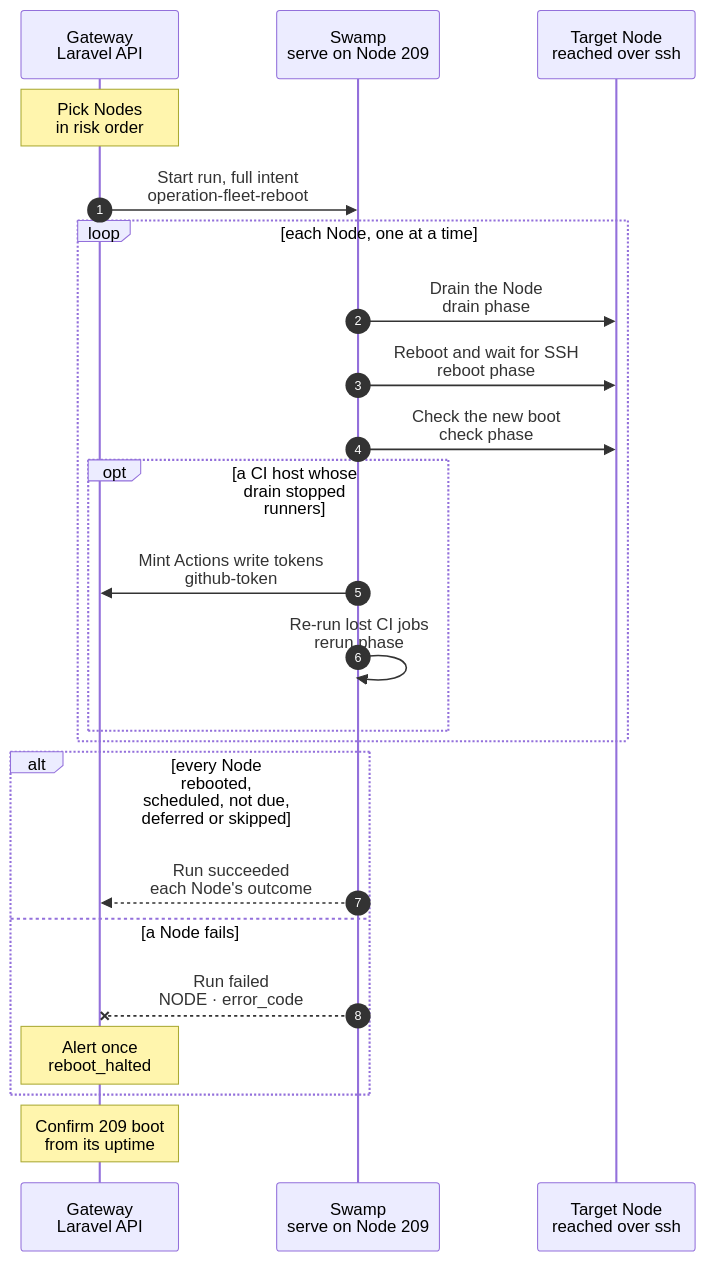
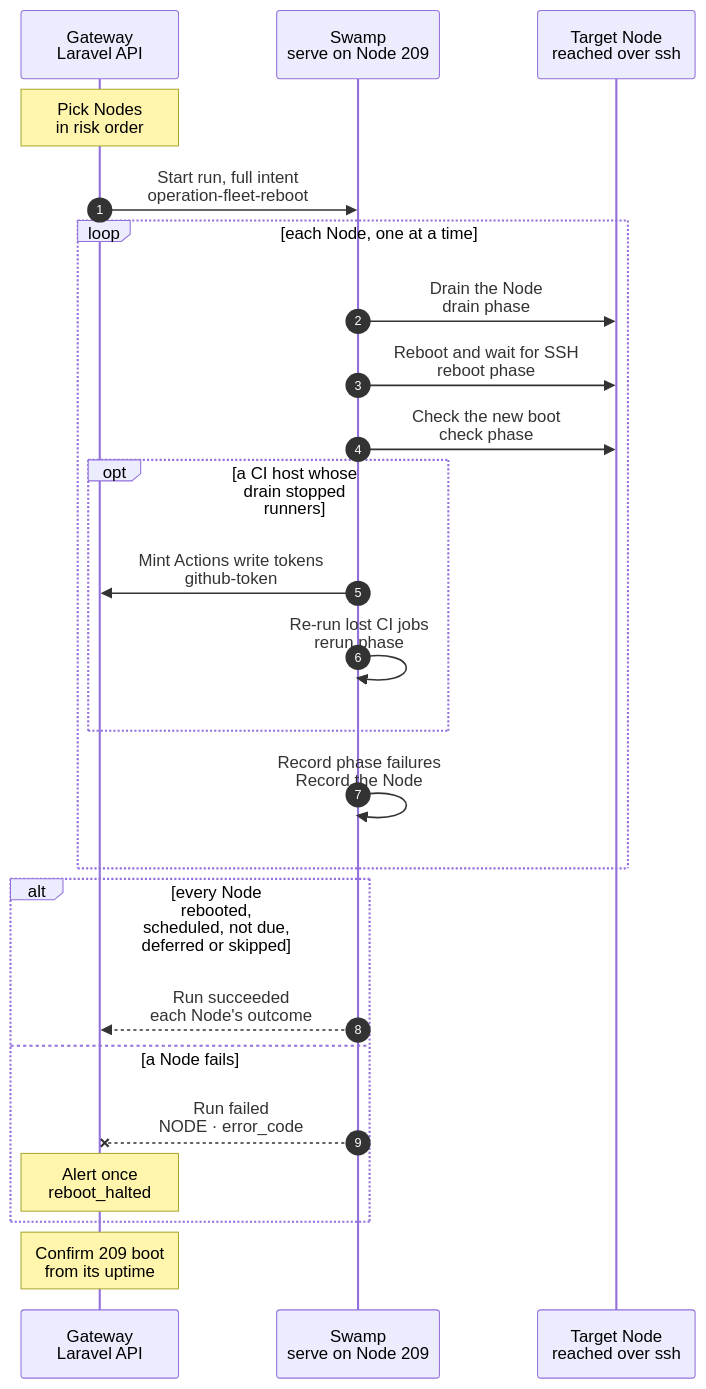
Before and after one commit to hardimpactdev/orbit: the diagram in docs/cli/fleet/reboot.mmd, drawn with Mermaid. The commit also changed 2 other files, not shown here.

Commit message:
docs(fleet): specify retries and controller recording for unreachable Nodes

```diff
--- a/docs/cli/fleet/reboot.mmd
+++ b/docs/cli/fleet/reboot.mmd
@@ -1,64 +1,71 @@
 sequenceDiagram
   %% Target design: ADR 0253, drained Node reboots one at a time; docs/reference/gateway-recovery.md#fleet-reboot.
   %% status: draft
   %% kind: fleet.reboot
   autonumber
   %% lane GW icon=gateway pill=intent tone=blue
   %% lane SW icon=workflow pill=executes tone=green
   %% lane N icon=server pill=target tone=amber
   participant GW as Gateway<br/>Laravel API
   participant SW as Swamp<br/>serve on Node 209
   participant N as Target Node<br/>reached over ssh
   Note over GW: Pick Nodes<br/>in risk order
   %%> When:
   %%> - every day at 03:06 Europe/Amsterdam, after the rollout admission; the window is 03:00–06:00
   %%> - when an operator posts to `fleet/reboot`; that pass ignores the window
   %%> - always while `ORBIT_FLEET_REBOOT` is on (the default)
   %%> Picks:
   %%> - every active Linux Node with a WireGuard address and a pinned host key, except task VMs
   %%> - in the rollout's groups, then the control path (`vpn` hub, Gateway, `swamp.orbit` Node), then the `swamp` Node
   %%> - a reboot hold is frozen as `defer: operator_hold`; a held Node is read but never drained or rebooted
   %%> - a task host with open task work is read and reported `deferred` (`tasks_busy`)
   %%> Requirements:
   %%> - no other pass, no fleet rollout and no Gateway release runs; they refuse each other
   GW->>SW: Start run, full intent<br/>operation-fleet-reboot
   %%> While it runs:
   %%> - task calls for its task hosts refuse with `tasks.host_rebooting`; placement and image refresh skip them
   loop each Node, one at a time
     SW->>N: Drain the Node<br/>drain phase
     %%> Why:
+    %%> - SSH exit 255: eight attempts, 10 s each, with Ansible backoff (0, 1, 3, 7, 15, 30, 30 s); at most 166 s before overhead
+    %%> - a held Node that cannot be read fails and halts the pass, as any other Node does
     %%> - after a failed Node: `skipped`; outside the window: `deferred`; no `/var/run/reboot-required`: `not_due`
     %%> - a due held Node records boot ID, kernel and due time, then `deferred` (`operator_hold`); without a due reboot it stays `not_due`
     %%> - CI: stop each idle runner, frozen while read; a job still running after 15 min defers the Node
     %%> - task guests stop and are recorded parked; on the Gateway the scheduler stops and Horizon drains within 15 min
     %%> - record `drain_started` before the first stop; rescue runs the existing Gateway and CI recovery only after that marker
     SW->>N: Reboot and wait for SSH<br/>reboot phase
     %%> Why:
     %%> - the swamp Node instead schedules its own reboot after the run ends: `scheduled`
     SW->>N: Check the new boot<br/>check phase
     %%> Checks:
     %%> - new boot ID, newest kernel, nothing due, no newly failed unit, agent, Gateway scheduler and Horizon, hub tunnel and source unit active
     opt a CI host whose drain stopped runners
       SW->>GW: Mint Actions write tokens<br/>github-token
       %%> Why:
       %%> - one `actions: write` token per Project repository, from the App's existing permission; no runner administration (ADR 0223)
       SW->>SW: Re-run lost CI jobs<br/>rerun phase
       %%> Picks:
       %%> - failed jobs a stopped runner was still running at its freeze; never a cancelled run
       %%> - `rerun-failed-jobs` once, only while the run is still at that attempt; the Node's result lists them
     end
+    SW->>SW: Record phase failures<br/>Record the Node
+    %%> Why:
+    %%> - always on the controller, including after UNREACHABLE bypasses Ansible rescue
+    %%> - private JSON callback reports supply `failed` / `fleet.node_unreachable` and bounded redacted SSH diagnostic text
+    %%> - a started phase without a terminal report or Node outcome is `failed` / `fleet.reboot_cut`; only unvisited Nodes use `not_reached`
   end
   alt every Node rebooted, scheduled, not due, deferred or skipped
     SW-->>GW: Run succeeded<br/>each Node's outcome
     %%> Result:
     %%> - every Node result shows `reboot_hold` as admitted; held task hosts keep taking work
     %%> - the Gateway records parked task VMs; a Node due for more than 3 days raises `reboot_overdue`
   else a Node fails
     SW--xGW: Run failed<br/>NODE · error_code
     %%> Why stop:
-    %%> - the pass visits no Node after it; the next pass starts again there
+    %%> - later Nodes record `skipped` / `halted` without SSH; the next pass starts again there
     Note over GW: Alert once<br/>reboot_halted
   end
   Note over GW: Confirm 209 boot<br/>from its uptime
   %%> Retry:
   %%> - 30 minutes after the pass without a new boot: `reboot_unconfirmed`
```
